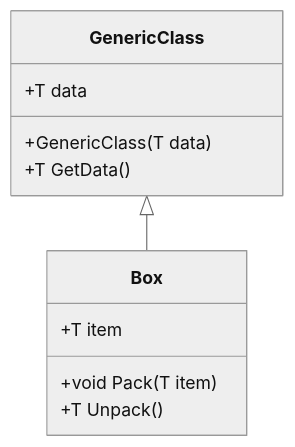
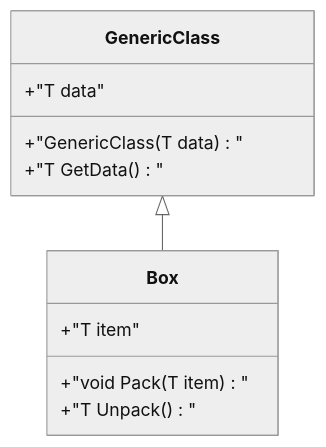
The second of 10 diagrams in content/post/2024/2024-10-15-csharp-generic/index.md (42jerrykim/42jerrykim.github.io), drawn with Mermaid (neutral theme) before and after one commit. The commit also changed other lines of this file and 239 other files, not shown here.

````diff
--- a/content/post/2024/2024-10-15-csharp-generic/index.md
+++ b/content/post/2024/2024-10-15-csharp-generic/index.md
@@ -269,16 +242,14 @@
 ```mermaid
 classDiagram
     class GenericClass {
-        +T data
-        +GenericClass(T data)
-        +T GetData()
+        +"T data"
+        +"GenericClass(T data)"
+        +"T GetData()"
     }
-    
     class Box {
-        +T item
-        +void Pack(T item)
-        +T Unpack()
+        +"T item"
+        +"void Pack(T item)"
+        +"T Unpack()"
     }
-    
     GenericClass <|-- Box
 ```
````
